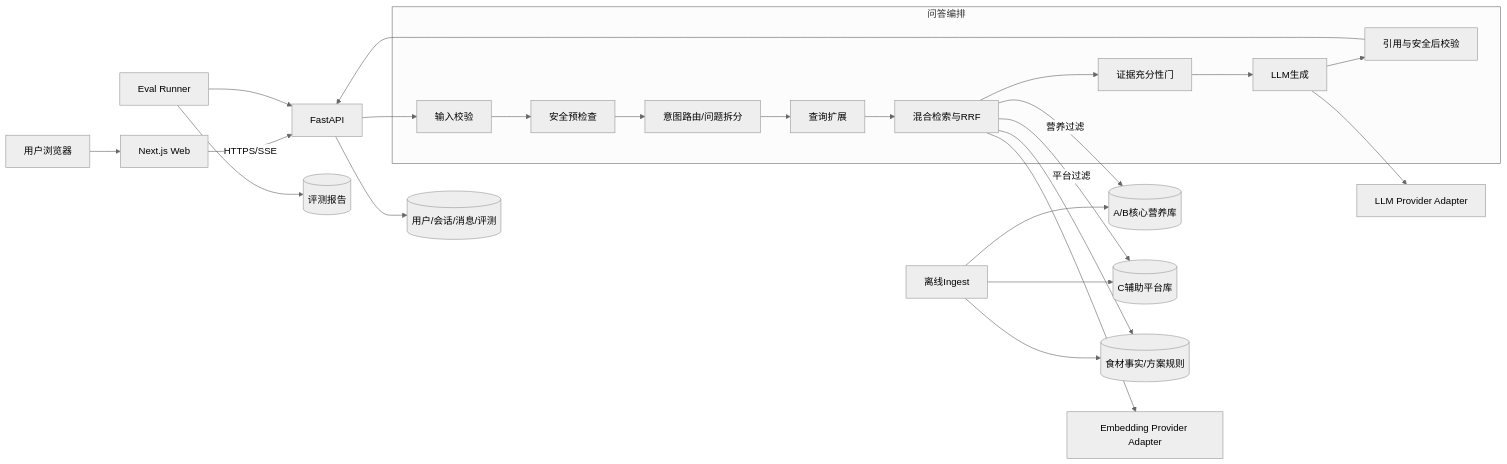
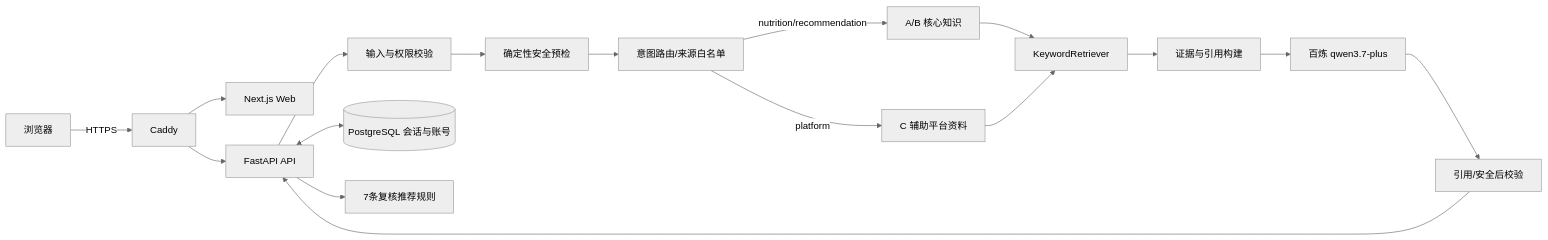
Before and after one commit to EthanReedLabs/healthpick-ai-nutrition-advisor: the diagram in docs/02-architecture.md, drawn with Mermaid (neutral theme). The commit also changed other lines of this file and 48 other files, not shown here.

````diff
--- a/docs/02-architecture.md
+++ b/docs/02-architecture.md
@@ -9,31 +9,19 @@
 ```mermaid
 flowchart LR
-    U[用户浏览器] --> W[Next.js Web]
-    W -->|HTTPS/SSE| A[FastAPI]
-
-    subgraph Orchestration[问答编排]
-      V[输入校验]
-      S1[安全预检查]
-      R[意图路由/问题拆分]
-      Q[查询扩展]
-      H[混合检索与RRF]
-      E[证据充分性门]
-      G[LLM生成]
-      C[引用与安全后校验]
-    end
-
-    A --> V --> S1 --> R --> Q --> H --> E --> G --> C --> A
-
-    H -->|营养过滤| AB[(A/B核心营养库)]
-    H -->|平台过滤| PC[(C辅助平台库)]
-    H --> FF[(食材事实/方案规则)]
-    A --> DB[(用户/会话/消息/评测)]
-    G --> LP[LLM Provider Adapter]
-    H --> EP[Embedding Provider Adapter]
-
-    M[离线Ingest] --> AB
-    M --> PC
-    M --> FF
-    T[Eval Runner] --> A
-    T --> ER[(评测报告)]
+  U[浏览器] -->|HTTPS| C[Caddy]
+  C --> W[Next.js Web]
+  C --> A[FastAPI API]
+  A --> V[输入与权限校验]
+  V --> S[确定性安全预检]
+  S --> R[意图路由/来源白名单]
+  R -->|nutrition/recommendation| AB[A/B 核心知识]
+  R -->|platform| P[C 辅助平台资料]
+  AB --> K[KeywordRetriever]
+  P --> K
+  K --> E[证据与引用构建]
+  E --> L[百炼 qwen3.7-plus]
+  L --> O[引用/安全后校验]
+  O --> A
+  A <--> D[(PostgreSQL 会话与账号)]
+  A --> G[7条复核推荐规则]
 ```
````
